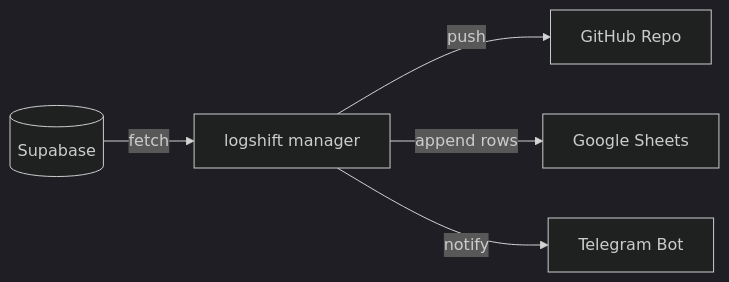
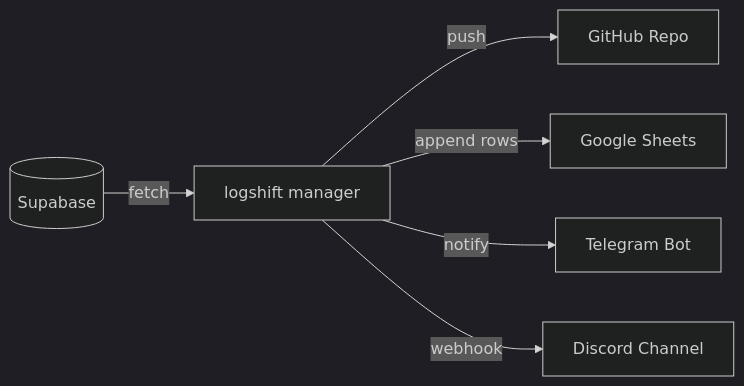
Before and after one commit to AtaCanYmc/LogShifter: the diagram in README.md, drawn with Mermaid (dark theme). The commit also changed other lines of this file and 6 other files, not shown here.

````diff
--- a/README.md
+++ b/README.md
@@ -11,7 +11,8 @@
 ```mermaid
 graph LR
     Supabase[(Supabase)] -->|fetch| Logshift[logshift manager]
     Logshift -->|push| GitHub[GitHub Repo]
     Logshift -->|append rows| Sheets[Google Sheets]
     Logshift -->|notify| Telegram[Telegram Bot]
+    Logshift -->|webhook| Discord[Discord Channel]
 ```
````
